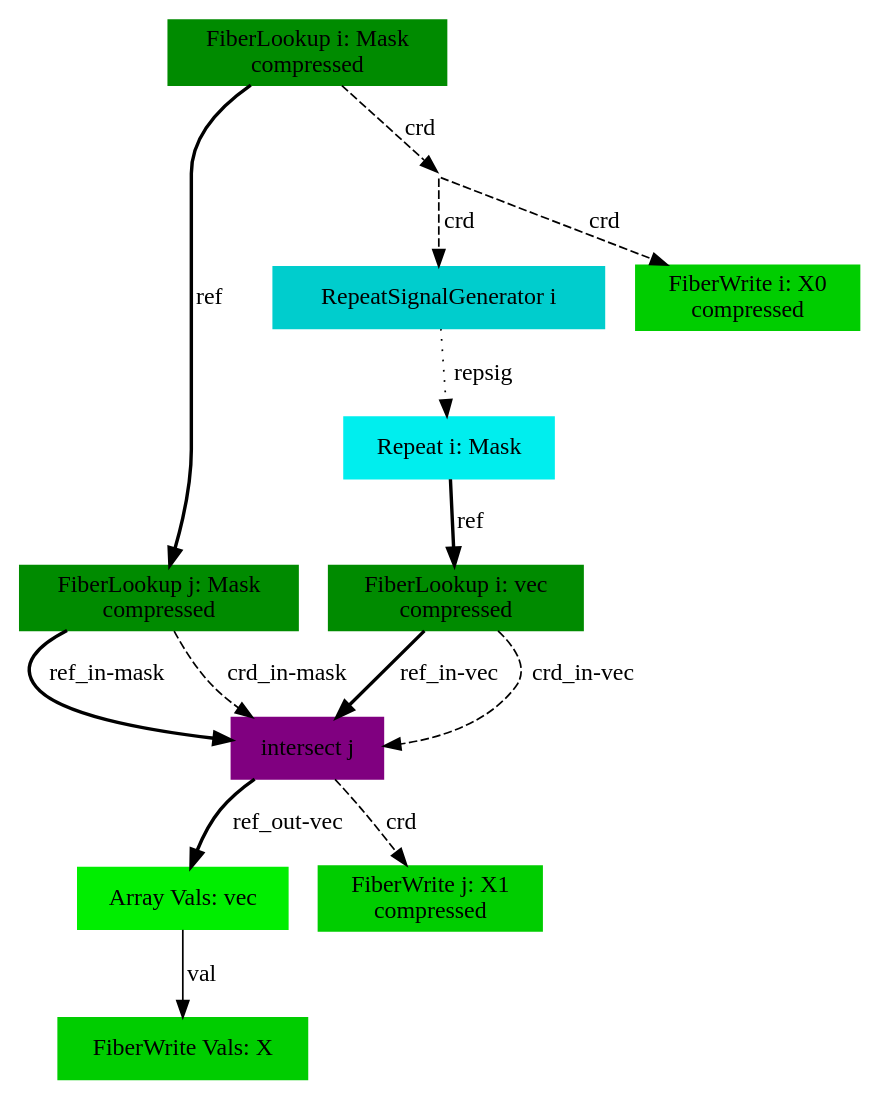
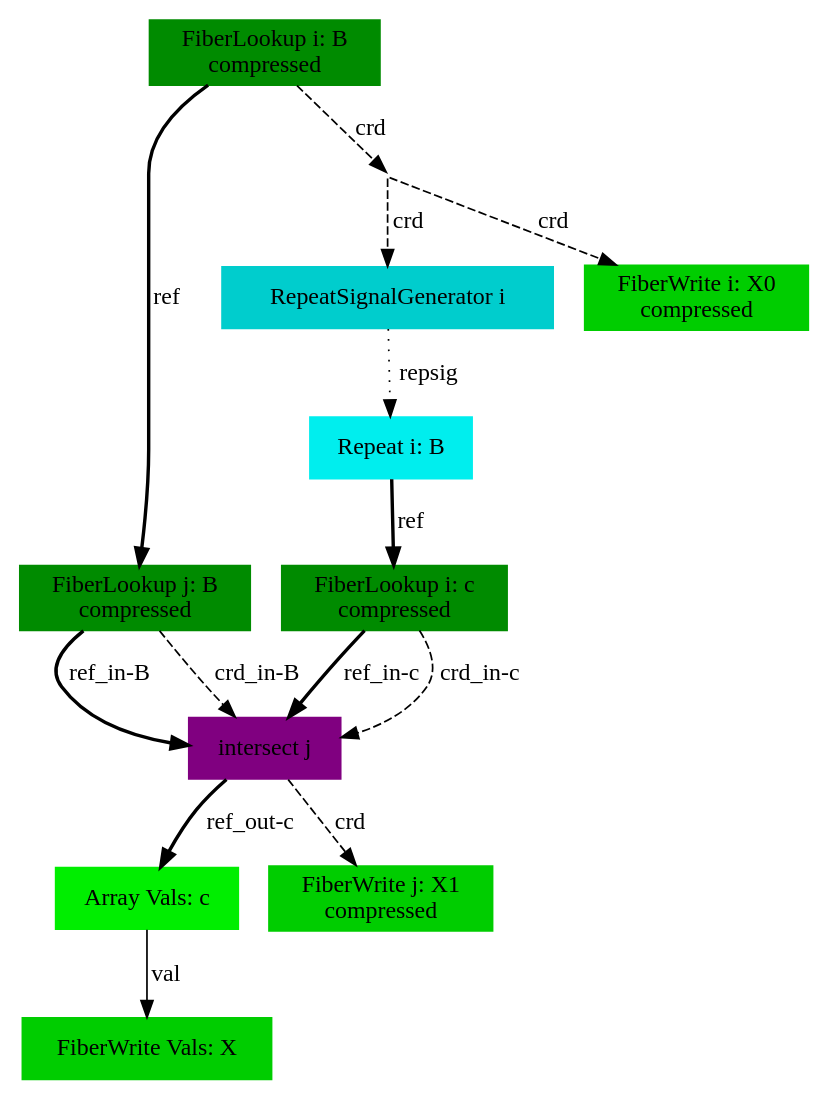
The diagram in compiler/sam-outputs/opal-dot/masked_broadcast.gv (weiya711/sam), drawn with Graphviz before and after one commit.

Commit message:
updated matrix and vector name of masked_broadcast

```diff
--- a/compiler/sam-outputs/opal-dot/masked_broadcast.gv
+++ b/compiler/sam-outputs/opal-dot/masked_broadcast.gv
@@ -1,27 +1,27 @@
 digraph SAM {
-    comment="X=ss01,B=ss01,C=ss10"
-    0 [comment="type=fiberlookup,index=i,tensor=mask,mode=0,format=compressed,src=true,root=true" label="FiberLookup i: Mask\ncompressed" color=green4 shape=box style=filled type="fiberlookup" index="i" tensor="mask" mode="0" format="compressed" src="true" root="true"]
+    comment="X=ss01,B=ss01,c=s0"
+    0 [comment="type=fiberlookup,index=i,tensor=B,mode=0,format=compressed,src=true,root=true" label="FiberLookup i: B\ncompressed" color=green4 shape=box style=filled type="fiberlookup" index="i" tensor="B" mode="0" format="compressed" src="true" root="true"]
     1 [comment="type=repsiggen,index=i" label="RepeatSignalGenerator i" color=cyan3 shape=box style=filled type="repsiggen" index="i"]
-    2 [comment="type=repeat,index=i,tensor=vec,root=true" label="Repeat i: Mask" color=cyan2 shape=box style=filled type="repeat" index="i" tensor="vec" root="true"]
-    3 [comment="type=fiberlookup,index=i,tensor=vec,mode=0,format=compressed,src=true,root=false" label="FiberLookup i: vec\ncompressed" color=green4 shape=box style=filled type="fiberlookup" index="i" tensor="vec" mode="0" format="compressed" src="true" root="false"]
-    4 [comment="type=fiberlookup,index=j,tensor=mask,mode=1,format=compressed,src=true,root=false" label="FiberLookup j: Mask\ncompressed" color=green4 shape=box style=filled type="fiberlookup" index="j" tensor="mask" mode="1" format="compressed" src="true" root="false"]
+    2 [comment="type=repeat,index=i,tensor=c,root=true" label="Repeat i: B" color=cyan2 shape=box style=filled type="repeat" index="i" tensor="c" root="true"]
+    3 [comment="type=fiberlookup,index=i,tensor=c,mode=0,format=compressed,src=true,root=false" label="FiberLookup i: c\ncompressed" color=green4 shape=box style=filled type="fiberlookup" index="i" tensor="c" mode="0" format="compressed" src="true" root="false"]
+    4 [comment="type=fiberlookup,index=j,tensor=B,mode=1,format=compressed,src=true,root=false" label="FiberLookup j: B\ncompressed" color=green4 shape=box style=filled type="fiberlookup" index="j" tensor="B" mode="1" format="compressed" src="true" root="false"]
     5 [comment="type=intersect,index=j" label="intersect j" color=purple shape=box style=filled type="intersect" index="j"]
-    6 [comment="type=arrayvals,tensor=vec" label="Array Vals: vec" color=green2 shape=box style=filled type="arrayvals" tensor="vec"]
-    7 [comment="type=fiberwrite,index=i,tensor=X,mode=0,format=compressed,segsize=2,crdsize=mask0_dim,sink=true" label="FiberWrite i: X0\ncompressed" color=green3 shape=box style=filled type="fiberwrite" index="i" tensor="X" mode="0" format="compressed" segsize="2" crdsize="B0_dim" sink="true"]
-    8 [comment="type=fiberwrite,index=j,tensor=X,mode=1,format=compressed,segsize=mask0_dim+1,crdsize=mask0_dim*mask1_dim,sink=true" label="FiberWrite j: X1\ncompressed" color=green3 shape=box style=filled type="fiberwrite" index="j" tensor="X" mode="1" format="compressed" segsize="mask0_dim+1" crdsize="mask0_dim*mask1_dim" sink="true"]
-    9 [comment="type=fiberwrite,mode=vals,tensor=X,size=1*mask0_dim*mask1_dim,sink=true" label="FiberWrite Vals: X" color=green3 shape=box style=filled type="fiberwrite" tensor="X" mode="vals" size="1*mask0_dim*mask1_dim" sink="true"]
+    6 [comment="type=arrayvals,tensor=c" label="Array Vals: c" color=green2 shape=box style=filled type="arrayvals" tensor="c"]
+    7 [comment="type=fiberwrite,index=i,tensor=X,mode=0,format=compressed,segsize=2,crdsize=B0_dim,sink=true" label="FiberWrite i: X0\ncompressed" color=green3 shape=box style=filled type="fiberwrite" index="i" tensor="X" mode="0" format="compressed" segsize="2" crdsize="B0_dim" sink="true"]
+    8 [comment="type=fiberwrite,index=j,tensor=X,mode=1,format=compressed,segsize=B0_dim+1,crdsize=B0_dim*B1_dim,sink=true" label="FiberWrite j: X1\ncompressed" color=green3 shape=box style=filled type="fiberwrite" index="j" tensor="X" mode="1" format="compressed" segsize="B0_dim+1" crdsize="B0_dim*B1_dim" sink="true"]
+    9 [comment="type=fiberwrite,mode=vals,tensor=X,size=1*B0_dim*B1_dim,sink=true" label="FiberWrite Vals: X" color=green3 shape=box style=filled type="fiberwrite" tensor="X" mode="vals" size="1*B0_dim*B1_dim" sink="true"]
     10 [comment="type=broadcast" shape=point style=invis type="broadcast"]
     0 -> 10 [label="crd" style=dashed type="crd"]
     10 -> 1 [label="crd" style=dashed type="crd"]
     1 -> 2 [label="repsig" style=dotted type="repsig"]
     2 -> 3 [label="ref" style=bold type="ref"]
     0 -> 4 [label="ref" style=bold type="ref"]
-    3 -> 5 [label="ref_in-vec" style=bold type="ref" comment="in-vec"]
-    3 -> 5 [label="crd_in-vec" style=dashed type="crd" comment="in-vec"]
-    4 -> 5 [label="ref_in-mask", style=bold type="ref" comment="in-mask"]
-    4 -> 5 [label="crd_in-mask", style=dashed type="crd" comment="in-mask"]
-    5 -> 6 [label="ref_out-vec", style=bold type="ref" comment="out-vec"]
+    3 -> 5 [label="ref_in-c" style=bold type="ref" comment="in-c"]
+    3 -> 5 [label="crd_in-c" style=dashed type="crd" comment="in-c"]
+    4 -> 5 [label="ref_in-B", style=bold type="ref" comment="in-B"]
+    4 -> 5 [label="crd_in-B", style=dashed type="crd" comment="in-B"]
+    5 -> 6 [label="ref_out-c", style=bold type="ref" comment="out-c"]
     10 -> 7 [label="crd", style=dashed type="crd"]
     5 -> 8 [label="crd", style=dashed type="crd"]
     6 -> 9 [label="val", type="val"]
 }
```
